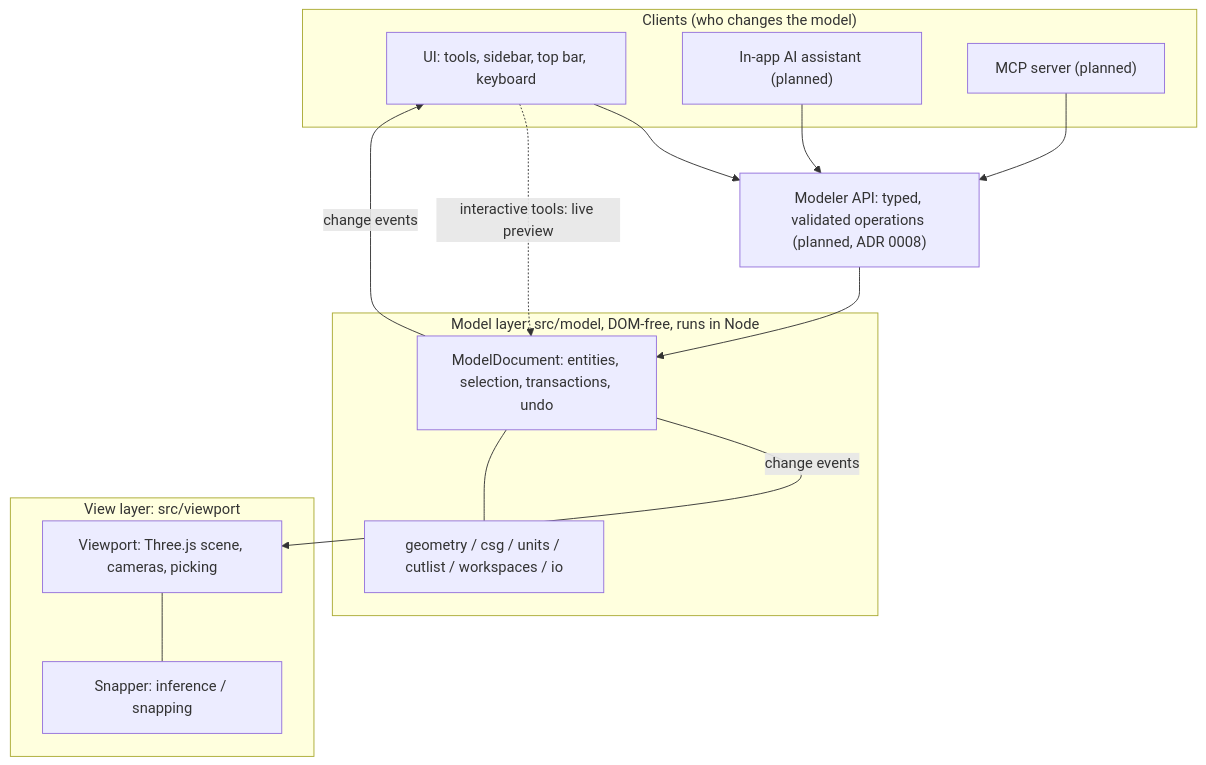
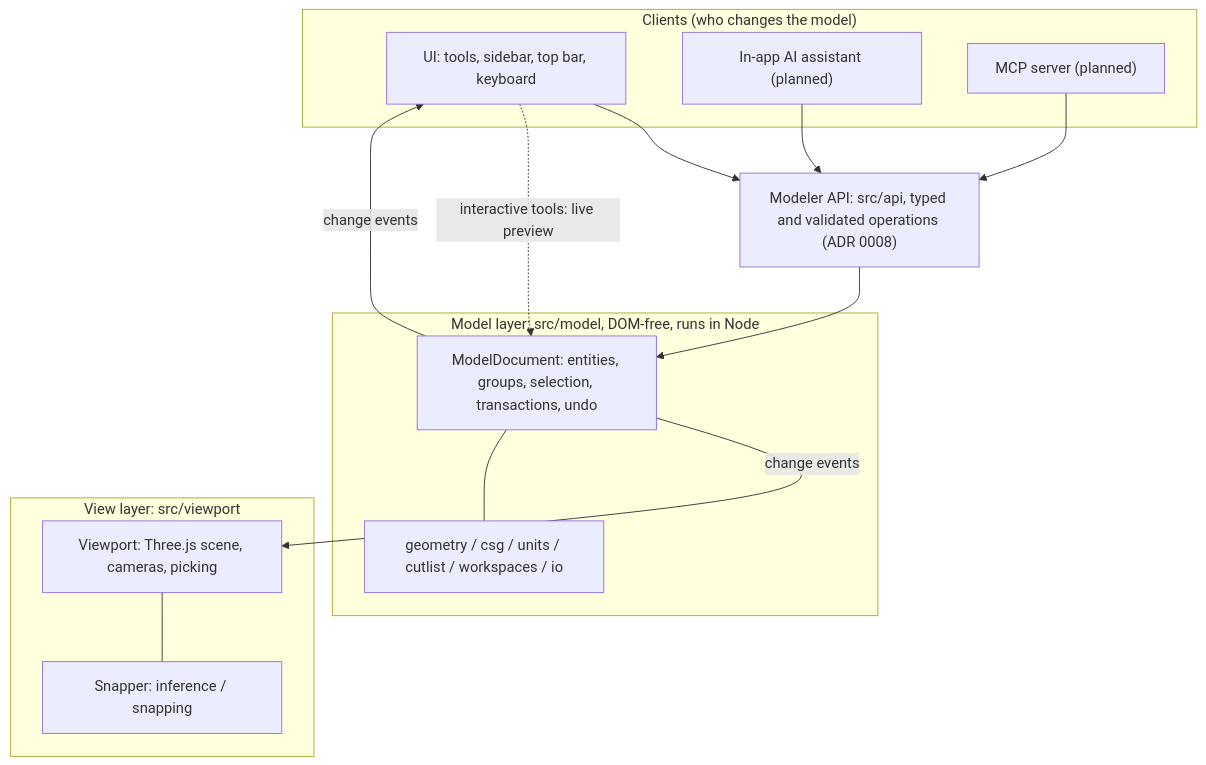
Before and after one commit to vladimir-dabic/modeler: the diagram in docs/architecture.md, drawn with Mermaid. The commit also changed other lines of this file and 50 other files, not shown here.

````diff
--- a/docs/architecture.md
+++ b/docs/architecture.md
@@ -7,26 +7,26 @@
 ```mermaid
 flowchart TB
   subgraph Clients["Clients (who changes the model)"]
     UI["UI: tools, sidebar, top bar, keyboard"]
     Chat["In-app AI assistant (planned)"]
     MCP["MCP server (planned)"]
   end
-  API["Modeler API: typed, validated operations (planned, ADR 0008)"]
+  API["Modeler API: src/api, typed and validated operations (ADR 0008)"]
   subgraph Model["Model layer: src/model, DOM-free, runs in Node"]
-    Doc["ModelDocument: entities, selection, transactions, undo"]
+    Doc["ModelDocument: entities, groups, selection, transactions, undo"]
     Geo["geometry / csg / units / cutlist / workspaces / io"]
   end
   subgraph View["View layer: src/viewport"]
     VP["Viewport: Three.js scene, cameras, picking"]
     Snap["Snapper: inference / snapping"]
   end
   UI --> API
   Chat --> API
   MCP --> API
   API --> Doc
   Doc -- "change events" --> VP
   Doc -- "change events" --> UI
   UI -. "interactive tools: live preview" .-> Doc
   VP --- Snap
   Doc --- Geo
 ```
````
